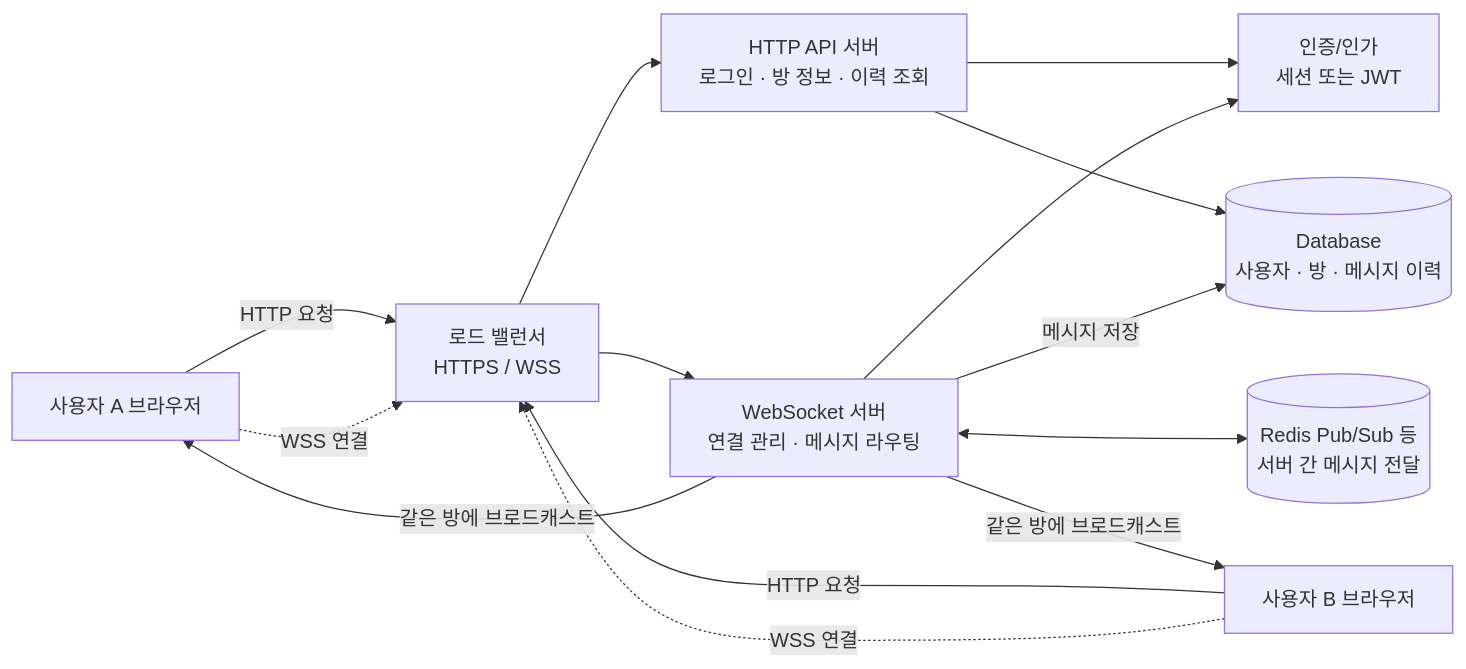
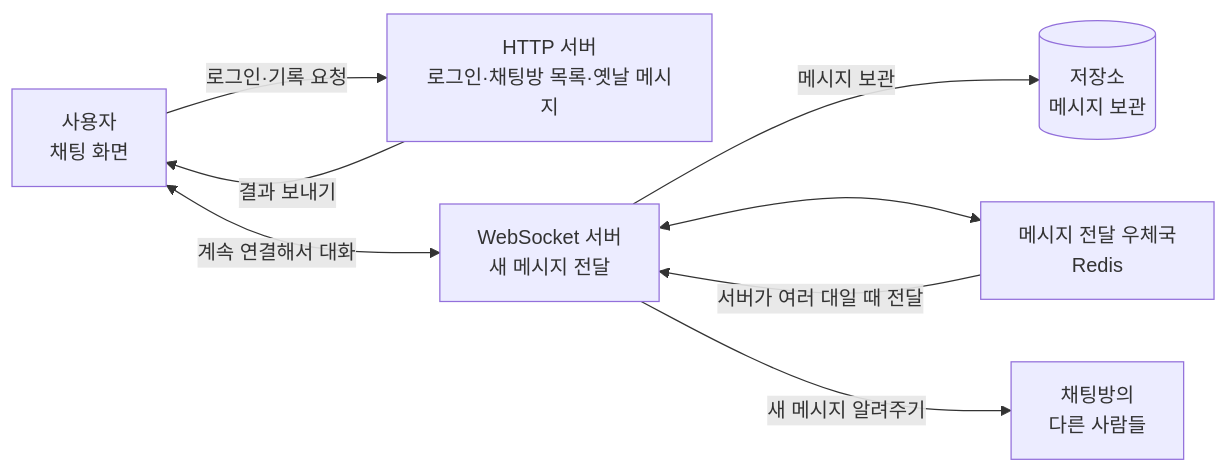
Before and after one commit to camellia1228/web_chat_2411: the diagram in WebSocket.md, drawn with Mermaid. The commit also changed other lines of this file and 28 other files, not shown here.

````diff
--- a/WebSocket.md
+++ b/WebSocket.md
@@ -65,26 +39,17 @@
 ```mermaid
 flowchart LR
-    UserA[사용자 A 브라우저]
-    UserB[사용자 B 브라우저]
-    LB[로드 밸런서<br/>HTTPS / WSS]
-    API[HTTP API 서버<br/>로그인 · 방 정보 · 이력 조회]
-    WS[WebSocket 서버<br/>연결 관리 · 메시지 라우팅]
-    Auth[인증/인가<br/>세션 또는 JWT]
-    DB[(Database<br/>사용자 · 방 · 메시지 이력)]
-    PubSub[(Redis Pub/Sub 등<br/>서버 간 메시지 전달)]
+    User[사용자<br/>채팅 화면]
+    API[HTTP 서버<br/>로그인·채팅방 목록·옛날 메시지]
+    WS[WebSocket 서버<br/>새 메시지 전달]
+    DB[(저장소<br/>메시지 보관)]
+    Redis[메시지 전달 우체국<br/>Redis]
+    Friends[채팅방의<br/>다른 사람들]
 
-    UserA -->|HTTP 요청| LB
-    UserB -->|HTTP 요청| LB
-    UserA -.->|WSS 연결| LB
-    UserB -.->|WSS 연결| LB
-
-    LB --> API
-    LB --> WS
-    API --> Auth
-    WS --> Auth
-    API --> DB
-    WS -->|메시지 저장| DB
-    WS <--> PubSub
-    WS -->|같은 방에 브로드캐스트| UserA
-    WS -->|같은 방에 브로드캐스트| UserB
+    User -->|로그인·기록 요청| API
+    API -->|결과 보내기| User
+    User <-->|계속 연결해서 대화| WS
+    WS -->|메시지 보관| DB
+    WS <--> Redis
+    Redis -->|서버가 여러 대일 때 전달| WS
+    WS -->|새 메시지 알려주기| Friends
 ```
````
